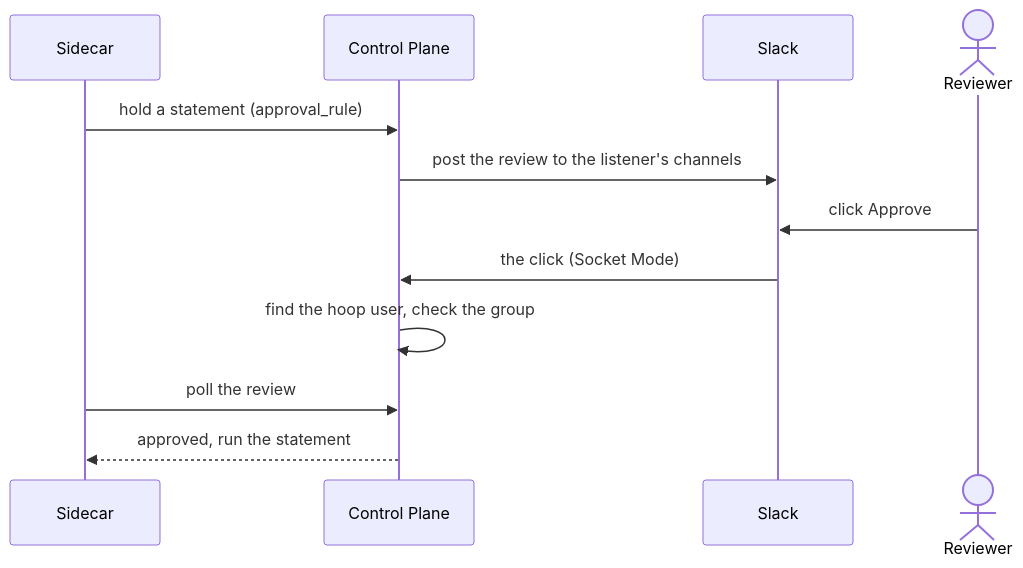
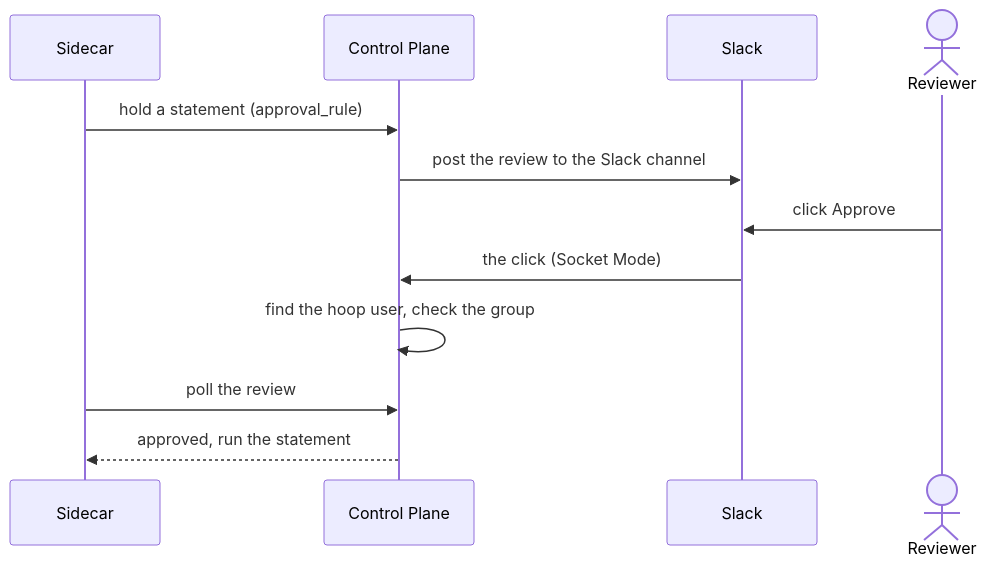
One commit to hoophq/documentation changed the diagram in control-plane/slack.mdx. Above: the diagram before and after it, drawn with Mermaid. The commit also changed other lines of this file, not shown here.

First line of the commit message:
docs(control-plane): Slack reviewers come from the identity provider

````diff
--- a/control-plane/slack.mdx
+++ b/control-plane/slack.mdx
@@ -16,15 +16,15 @@
 ```mermaid
 sequenceDiagram
     participant S as Sidecar
     participant CP as Control Plane
     participant SL as Slack
     actor R as Reviewer
 
     S->>CP: hold a statement (approval_rule)
-    CP->>SL: post the review to the listener's channels
+    CP->>SL: post the review to the Slack channel
     R->>SL: click Approve
     SL->>CP: the click (Socket Mode)
     CP->>CP: find the hoop user, check the group
     S->>CP: poll the review
     CP-->>S: approved, run the statement
 ```
````
